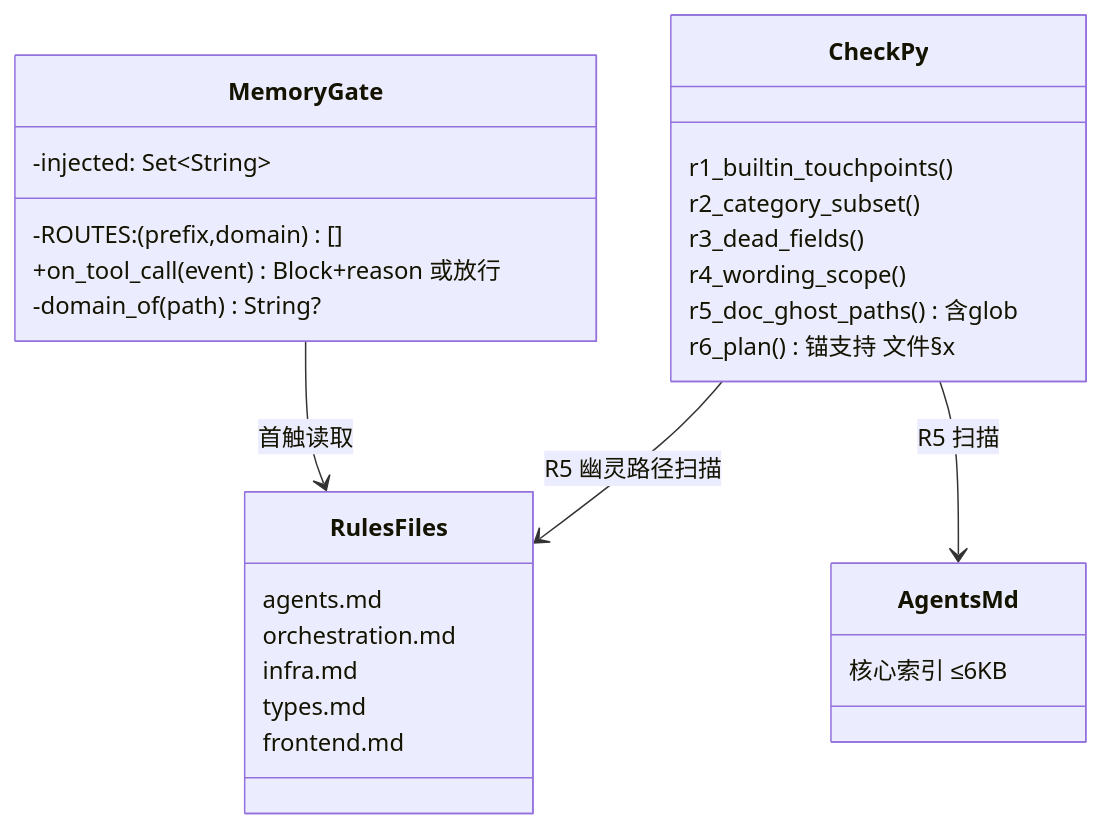
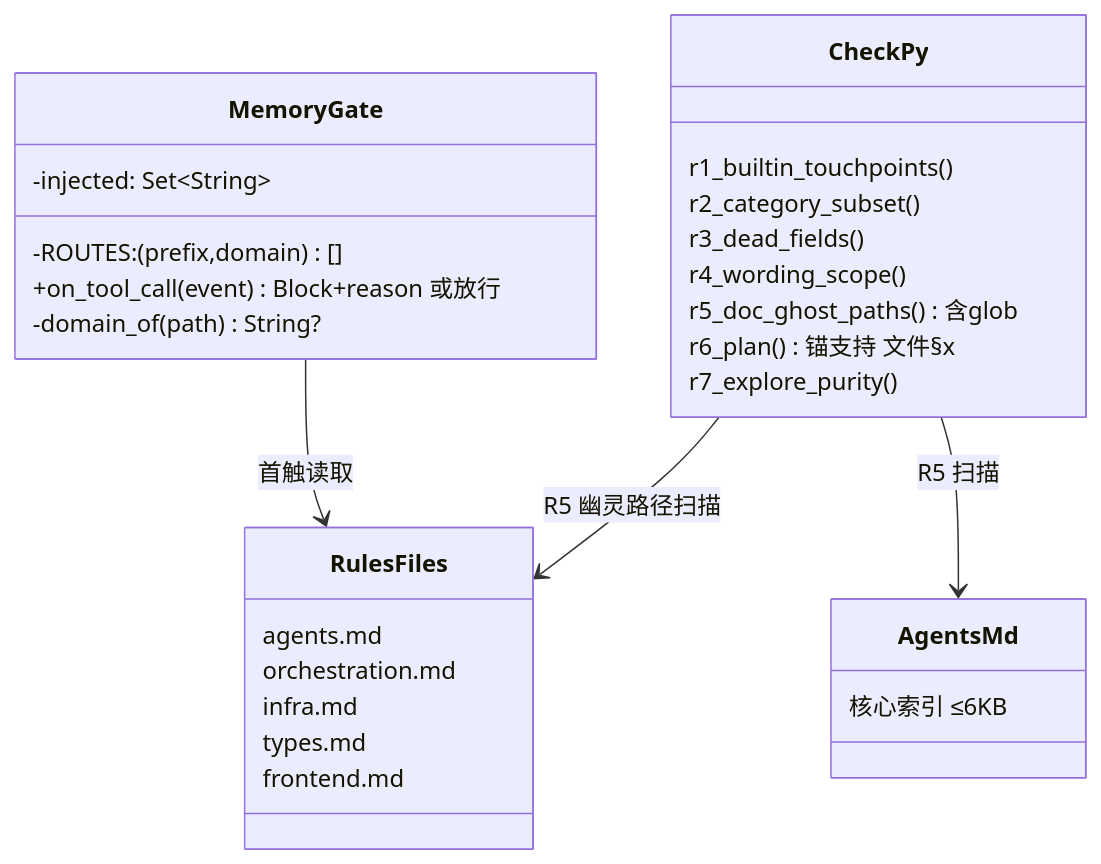
One commit to wenge6090-tech/bcp-kit changed the fourth of 4 diagrams in BCP.md. Above: the diagram before and after it, drawn with Mermaid. The commit also changed other lines of this file and 11 other files, not shown here.

````diff
--- a/BCP.md
+++ b/BCP.md
@@ -245,30 +235,31 @@
 ```mermaid
 classDiagram
     class MemoryGate {
         -injected: Set~String~
         -ROUTES: (prefix,domain)[]
         +on_tool_call(event) Block+reason 或放行
         -domain_of(path) String?
     }
     class RulesFiles {
         agents.md
         orchestration.md
         infra.md
         types.md
         frontend.md
     }
     class CheckPy {
         r1_builtin_touchpoints()
         r2_category_subset()
         r3_dead_fields()
         r4_wording_scope()
         r5_doc_ghost_paths() 含glob
         r6_plan() 锚支持 文件§x
+        r7_explore_purity()
     }
     class AgentsMd {
         核心索引 ≤6KB
     }
     MemoryGate --> RulesFiles : 首触读取
     CheckPy --> RulesFiles : R5 幽灵路径扫描
     CheckPy --> AgentsMd : R5 扫描
 ```
````
